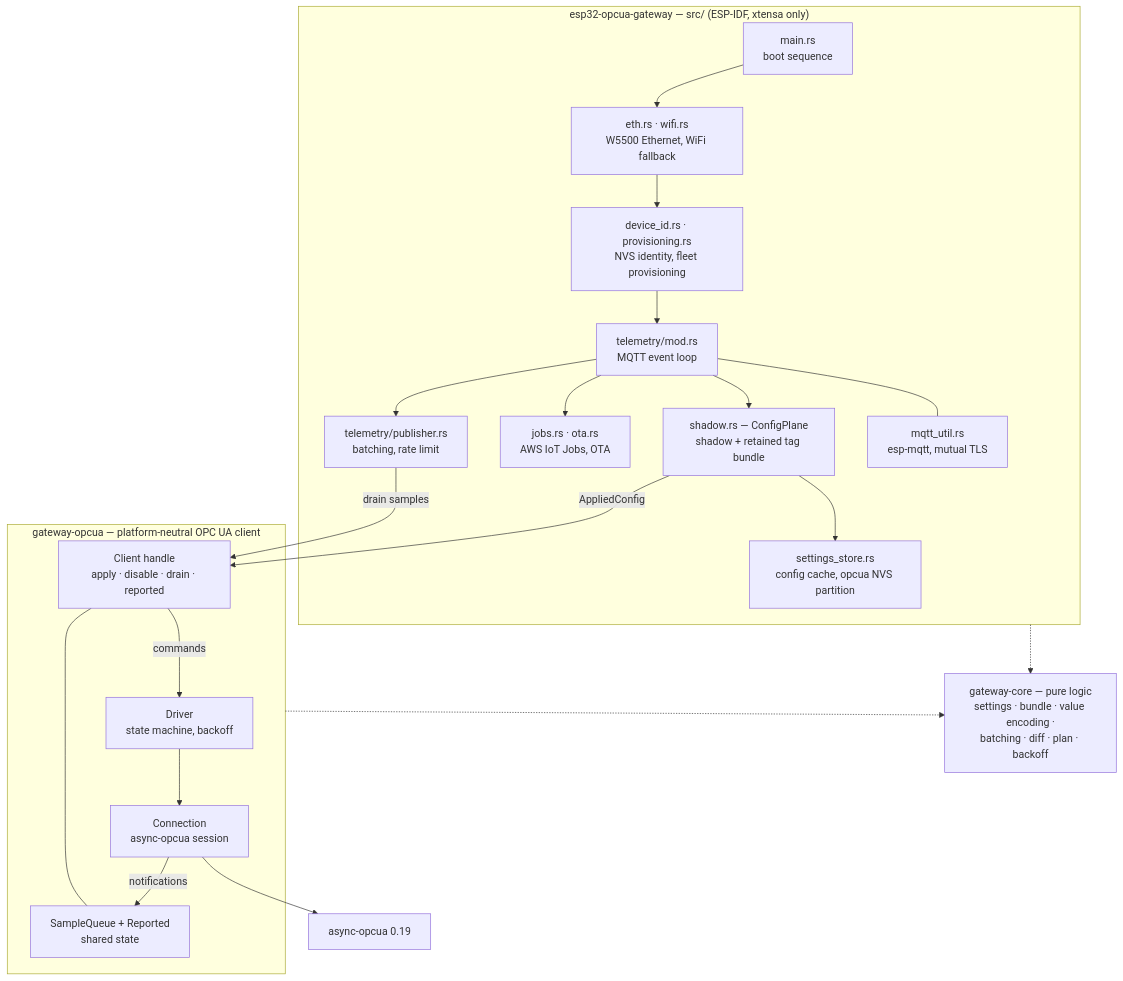
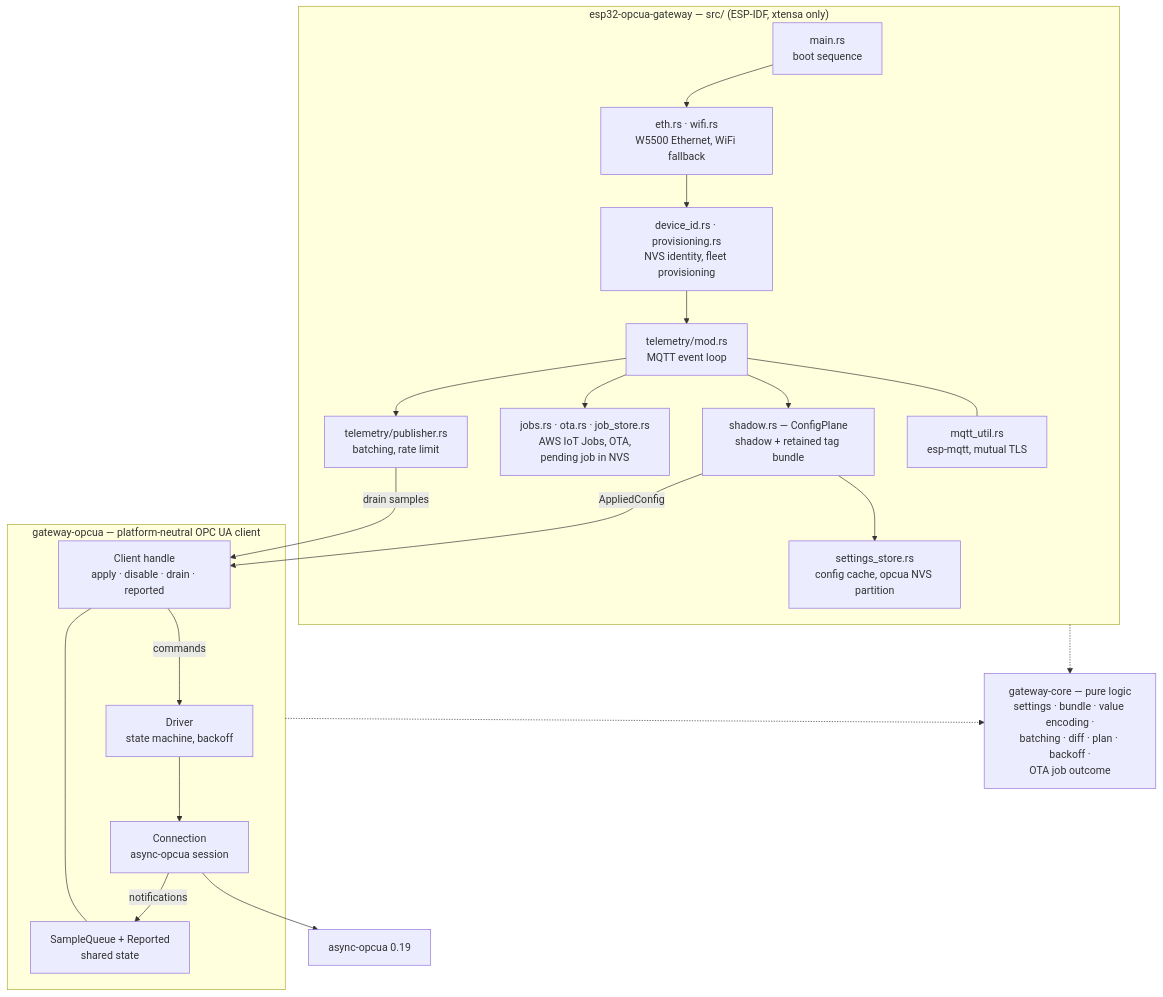
One commit to ergousha/esp32-opcua-gateway-rust changed the second of 10 diagrams in README.md. Above: the diagram before and after it, drawn with Mermaid. The commit also changed other lines of this file and 8 other files, not shown here.

````diff
--- a/README.md
+++ b/README.md
@@ -88,39 +88,39 @@
 ```mermaid
 flowchart TB
     subgraph firmware["esp32-opcua-gateway — src/ (ESP-IDF, xtensa only)"]
         boot["main.rs<br/>boot sequence"]
         net["eth.rs · wifi.rs<br/>W5500 Ethernet, WiFi fallback"]
         ident["device_id.rs · provisioning.rs<br/>NVS identity, fleet provisioning"]
         tloop["telemetry/mod.rs<br/>MQTT event loop"]
         plane["shadow.rs — ConfigPlane<br/>shadow + retained tag bundle"]
         store["settings_store.rs<br/>config cache, opcua NVS partition"]
-        jobs["jobs.rs · ota.rs<br/>AWS IoT Jobs, OTA"]
+        jobs["jobs.rs · ota.rs · job_store.rs<br/>AWS IoT Jobs, OTA,<br/>pending job in NVS"]
         publ["telemetry/publisher.rs<br/>batching, rate limit"]
         mqtt["mqtt_util.rs<br/>esp-mqtt, mutual TLS"]
     end
 
     subgraph client["gateway-opcua — platform-neutral OPC UA client"]
         handle["Client handle<br/>apply · disable · drain · reported"]
         driver["Driver<br/>state machine, backoff"]
         conn["Connection<br/>async-opcua session"]
         shared["SampleQueue + Reported<br/>shared state"]
     end
 
-    core["gateway-core — pure logic<br/>settings · bundle · value encoding ·<br/>batching · diff · plan · backoff"]
+    core["gateway-core — pure logic<br/>settings · bundle · value encoding ·<br/>batching · diff · plan · backoff ·<br/>OTA job outcome"]
     lib["async-opcua 0.19"]
 
     boot --> net --> ident --> tloop
     tloop --> plane
     tloop --> jobs
     tloop --> publ
     tloop --- mqtt
     plane --> store
     plane -->|"AppliedConfig"| handle
     publ -->|"drain samples"| handle
     handle -->|"commands"| driver
     driver --> conn --> lib
     conn -->|"notifications"| shared
     handle --- shared
     firmware -.-> core
     client -.-> core
 ```
````
